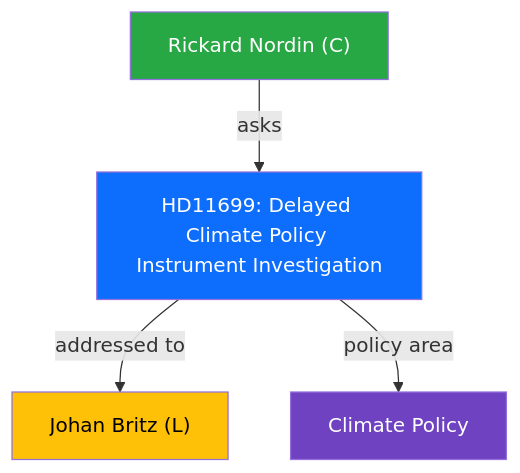
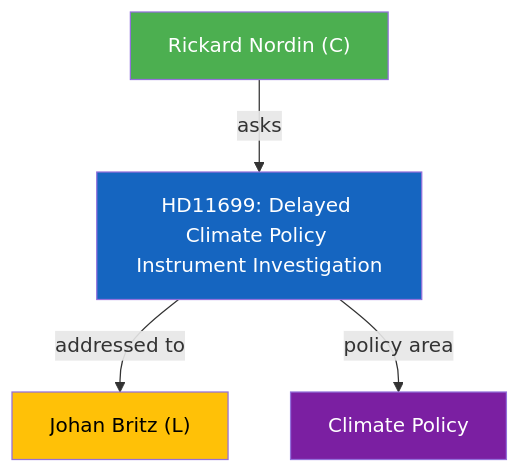
The diagram in analysis/daily/2026-04-10/realtime-1424/documents/hd11699-analysis.md (Hack23/riksdagsmonitor), drawn with Mermaid before and after one commit. The commit also changed 785 other files, not shown here.

First line of the commit message:
Normalize mermaid colors across 786 analysis artifacts to ISMS Style Guide palette

````diff
--- a/analysis/daily/2026-04-10/realtime-1424/documents/hd11699-analysis.md
+++ b/analysis/daily/2026-04-10/realtime-1424/documents/hd11699-analysis.md
@@ -27,14 +27,14 @@
 ```mermaid
 graph TD
     Q["HD11699: Delayed Climate Policy Instrument Investigation"]
     A["Rickard Nordin (C)"]
     M["Johan Britz (L)"]
     P["Climate Policy"]
     A -->|asks| Q
     Q -->|addressed to| M
     Q -->|policy area| P
-    style Q fill:#0d6efd,color:#fff
-    style A fill:#28a745,color:#fff
-    style M fill:#ffc107,color:#000
-    style P fill:#6f42c1,color:#fff
+    style Q fill:#1565C0,color:#FFFFFF
+    style A fill:#4CAF50,color:#FFFFFF
+    style M fill:#FFC107,color:#000000
+    style P fill:#7B1FA2,color:#FFFFFF
 ```
````
